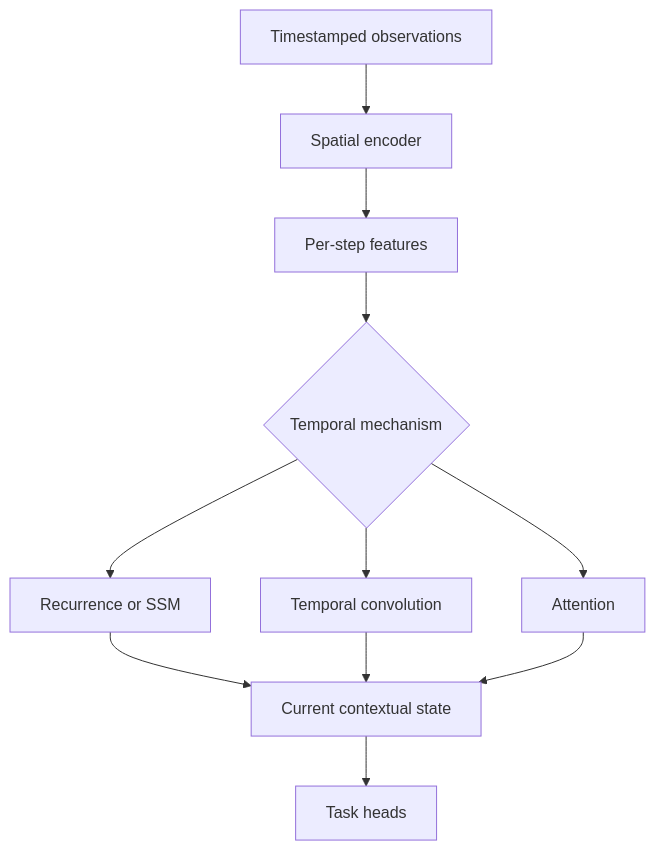
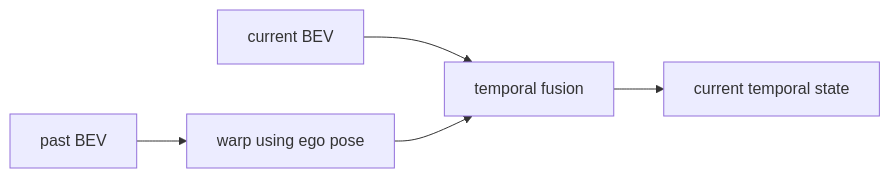
The diagram in src/content/docs/articles/spatial-temporal-models.md (abhishekkumardwivedi/abhishekkumardwivedi.github.io), drawn with Mermaid before and after one commit. The commit also changed other lines of this file and 14 other files, not shown here.

````diff
--- a/src/content/docs/articles/spatial-temporal-models.md
+++ b/src/content/docs/articles/spatial-temporal-models.md
@@ -12,13 +38,7 @@
 ```mermaid
-flowchart TD
-    A["Timestamped observations"] --> B["Spatial encoder"]
-    B --> C["Per-step features"]
-    C --> D{"Temporal mechanism"}
-    D --> E["Recurrence or SSM"]
-    D --> F["Temporal convolution"]
-    D --> G["Attention"]
-    E --> H["Current contextual state"]
-    F --> H
-    G --> H
-    H --> I["Task heads"]
+flowchart LR
+    P["past BEV"] --> W["warp using ego pose"]
+    C["current BEV"] --> F["temporal fusion"]
+    W --> F
+    F --> S["current temporal state"]
 ```
````
